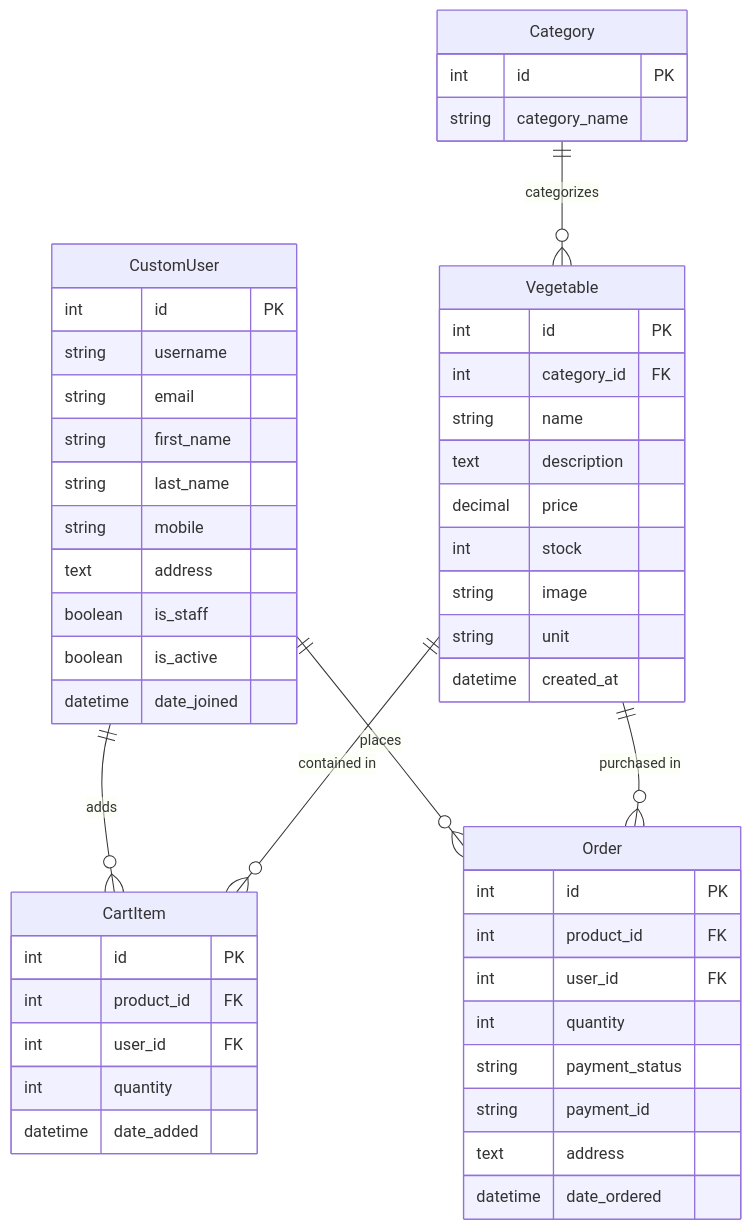
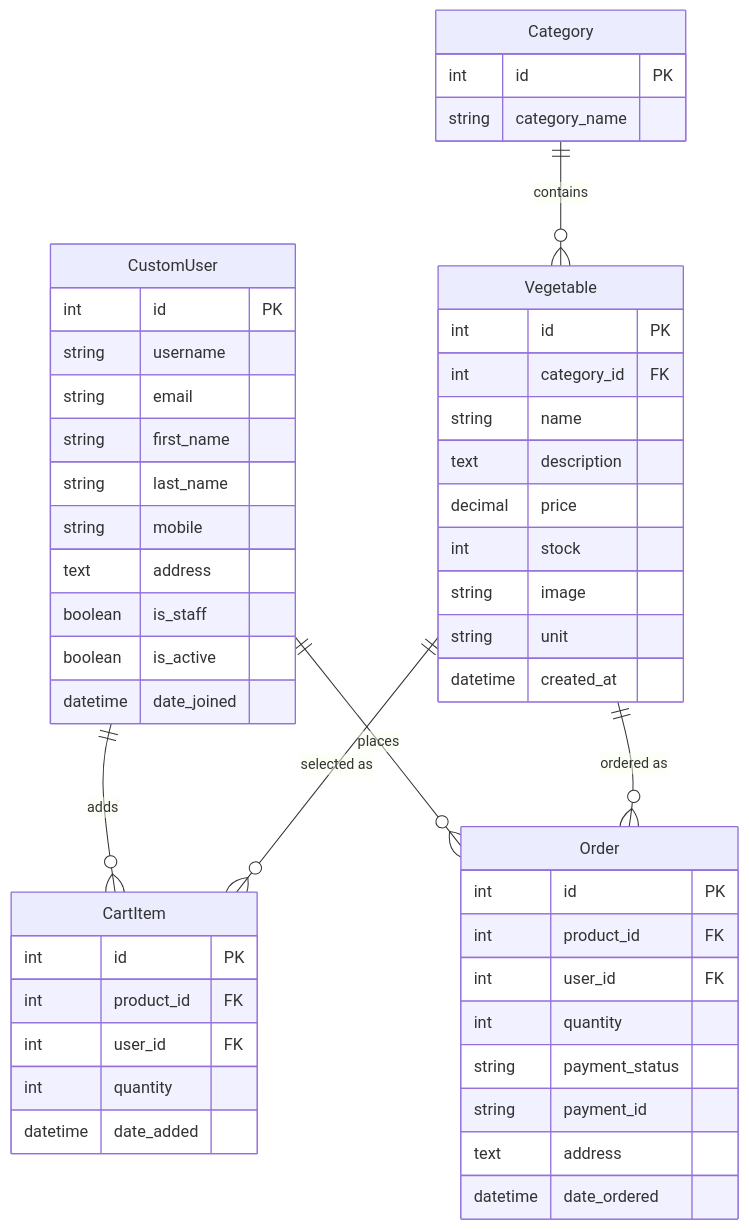
One commit to miarajsk18-stack/vg changed the second of 2 diagrams in README.md. Above: the diagram before and after it, drawn with Mermaid. The commit also changed other lines of this file, not shown here.

````diff
--- a/README.md
+++ b/README.md
@@ -144,57 +158,57 @@
 ```mermaid
 erDiagram
     CustomUser ||--o{ CartItem : "adds"
     CustomUser ||--o{ Order : "places"
-    Category ||--o{ Vegetable : "categorizes"
-    Vegetable ||--o{ CartItem : "contained in"
-    Vegetable ||--o{ Order : "purchased in"
+    Category ||--o{ Vegetable : "contains"
+    Vegetable ||--o{ CartItem : "selected as"
+    Vegetable ||--o{ Order : "ordered as"
 
     CustomUser {
         int id PK
         string username
         string email
         string first_name
         string last_name
         string mobile
         text address
         boolean is_staff
         boolean is_active
         datetime date_joined
     }
 
     Category {
         int id PK
         string category_name
     }
 
     Vegetable {
         int id PK
         int category_id FK
         string name
         text description
         decimal price
         int stock
         string image
         string unit
         datetime created_at
     }
 
     CartItem {
         int id PK
         int product_id FK
         int user_id FK
         int quantity
         datetime date_added
     }
 
     Order {
         int id PK
         int product_id FK
         int user_id FK
         int quantity
         string payment_status
         string payment_id
         text address
         datetime date_ordered
     }
 ```
````
